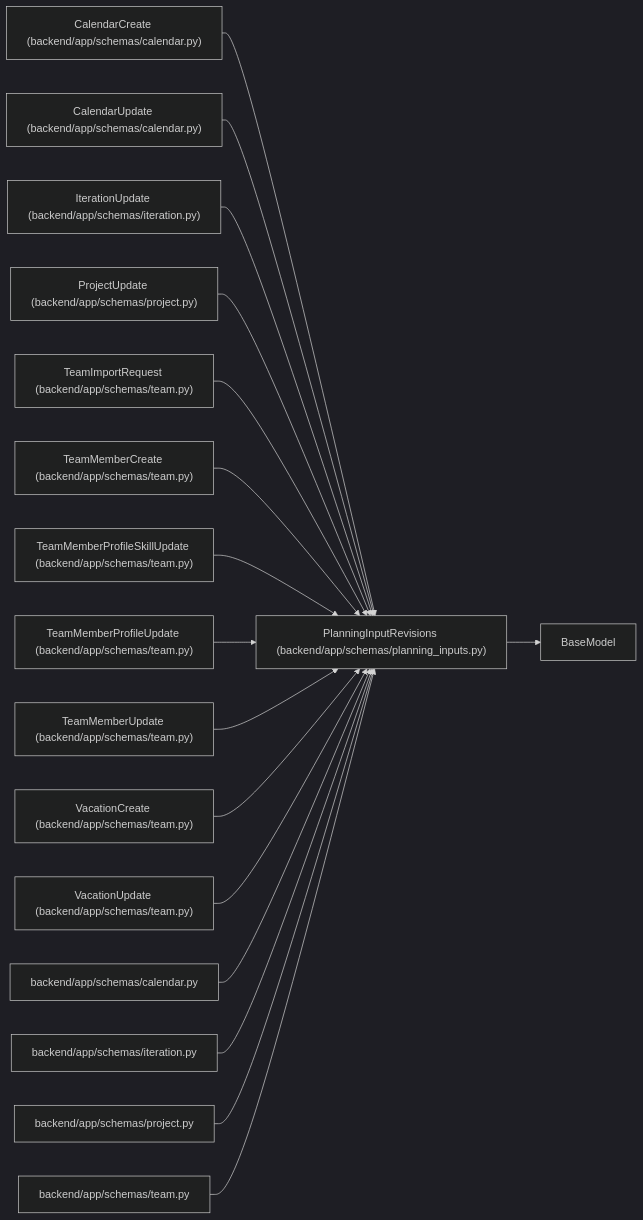
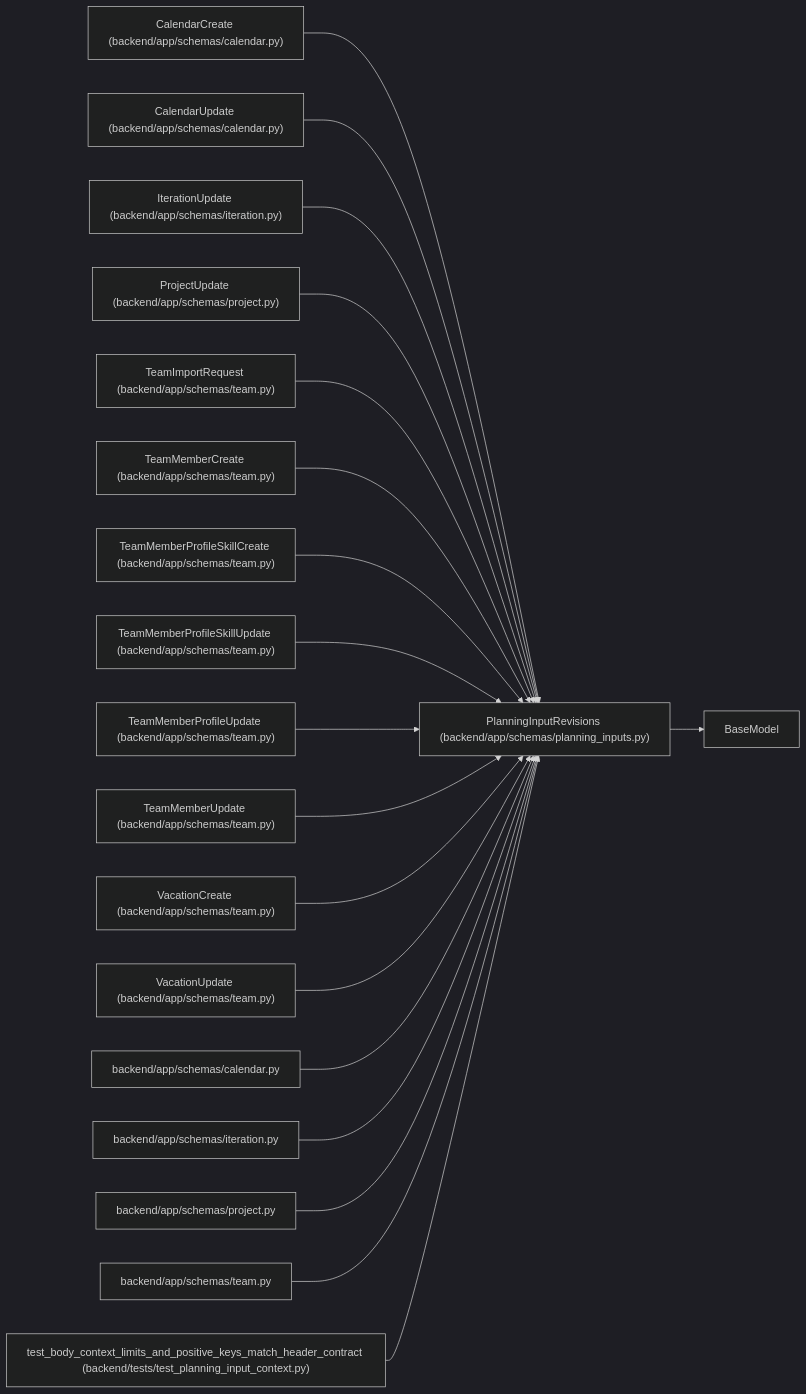
Before and after one commit to Denissvgn/WorkChord: the diagram in docs/llm_wiki/entities/PlanningInputRevisions.md, drawn with Mermaid (dark theme). The commit also changed other lines of this file and 10148 other files, not shown here.

````diff
--- a/docs/llm_wiki/entities/PlanningInputRevisions.md
+++ b/docs/llm_wiki/entities/PlanningInputRevisions.md
@@ -25,52 +25,58 @@
 ```mermaid
 flowchart LR
     n0["PlanningInputRevisions (backend/app/schemas/planning_inputs.py)"]
     n1["BaseModel"]
     n2["CalendarCreate (backend/app/schemas/calendar.py)"]
     n3["CalendarUpdate (backend/app/schemas/calendar.py)"]
     n4["IterationUpdate (backend/app/schemas/iteration.py)"]
     n5["ProjectUpdate (backend/app/schemas/project.py)"]
     n6["TeamImportRequest (backend/app/schemas/team.py)"]
     n7["TeamMemberCreate (backend/app/schemas/team.py)"]
-    n8["TeamMemberProfileSkillUpdate (backend/app/schemas/team.py)"]
-    n9["TeamMemberProfileUpdate (backend/app/schemas/team.py)"]
-    n10["TeamMemberUpdate (backend/app/schemas/team.py)"]
-    n11["VacationCreate (backend/app/schemas/team.py)"]
-    n12["VacationUpdate (backend/app/schemas/team.py)"]
-    n13["backend/app/schemas/calendar.py"]
-    n14["backend/app/schemas/iteration.py"]
-    n15["backend/app/schemas/project.py"]
-    n16["backend/app/schemas/team.py"]
+    n8["TeamMemberProfileSkillCreate (backend/app/schemas/team.py)"]
+    n9["TeamMemberProfileSkillUpdate (backend/app/schemas/team.py)"]
+    n10["TeamMemberProfileUpdate (backend/app/schemas/team.py)"]
+    n11["TeamMemberUpdate (backend/app/schemas/team.py)"]
+    n12["VacationCreate (backend/app/schemas/team.py)"]
+    n13["VacationUpdate (backend/app/schemas/team.py)"]
+    n14["backend/app/schemas/calendar.py"]
+    n15["backend/app/schemas/iteration.py"]
+    n16["backend/app/schemas/project.py"]
+    n17["backend/app/schemas/team.py"]
+    n18["test_body_context_limits_and_positive_keys_match_header_contract (backend/tests/test_planning_input_context.py)"]
     n0 --> n1
     n2 --> n0
     n3 --> n0
     n4 --> n0
     n5 --> n0
     n6 --> n0
     n7 --> n0
     n8 --> n0
     n9 --> n0
     n10 --> n0
     n11 --> n0
     n12 --> n0
     n13 --> n0
     n14 --> n0
     n15 --> n0
     n16 --> n0
+    n17 --> n0
+    n18 --> n0
     click n0 "../modules/planning_inputs.md"
     click n2 "../modules/schemas_calendar.md"
     click n3 "../modules/schemas_calendar.md"
     click n4 "../modules/schemas_iteration.md"
     click n5 "../modules/schemas_project.md"
     click n6 "../modules/schemas_team.md"
     click n7 "../modules/schemas_team.md"
     click n8 "../modules/schemas_team.md"
     click n9 "../modules/schemas_team.md"
     click n10 "../modules/schemas_team.md"
     click n11 "../modules/schemas_team.md"
     click n12 "../modules/schemas_team.md"
-    click n13 "../modules/schemas_calendar.md"
-    click n14 "../modules/schemas_iteration.md"
-    click n15 "../modules/schemas_project.md"
-    click n16 "../modules/schemas_team.md"
+    click n13 "../modules/schemas_team.md"
+    click n14 "../modules/schemas_calendar.md"
+    click n15 "../modules/schemas_iteration.md"
+    click n16 "../modules/schemas_project.md"
+    click n17 "../modules/schemas_team.md"
+    click n18 "../modules/test_planning_input_context.md"
 ```
````
